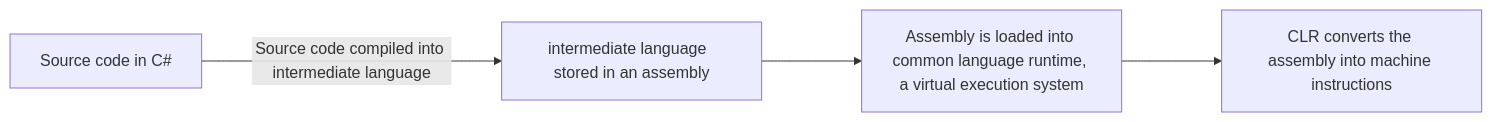
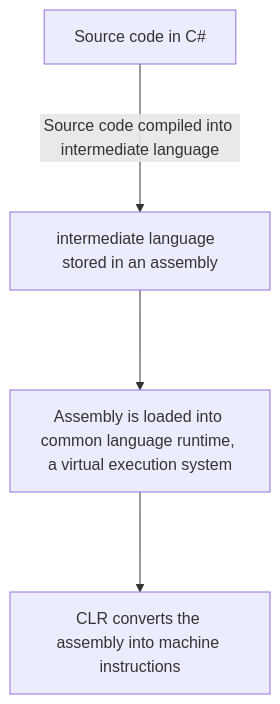
The diagram in _posts/2023-12-21-learningaboutdotnet.md (elizabethwillard/elizabethwillard.github.io), drawn with Mermaid before and after one commit.

````diff
--- a/_posts/2023-12-21-learningaboutdotnet.md
+++ b/_posts/2023-12-21-learningaboutdotnet.md
@@ -8,6 +8,6 @@
 ```mermaid
-flowchart LR
+graph TD
 A[Source code in C#] --->|Source code compiled into intermediate language|B[intermediate language  stored in an assembly]; 
 B ---> C[Assembly is loaded into common language runtime, a virtual execution system];
 C ---> D[CLR converts the assembly into machine instructions];
 ```
````
